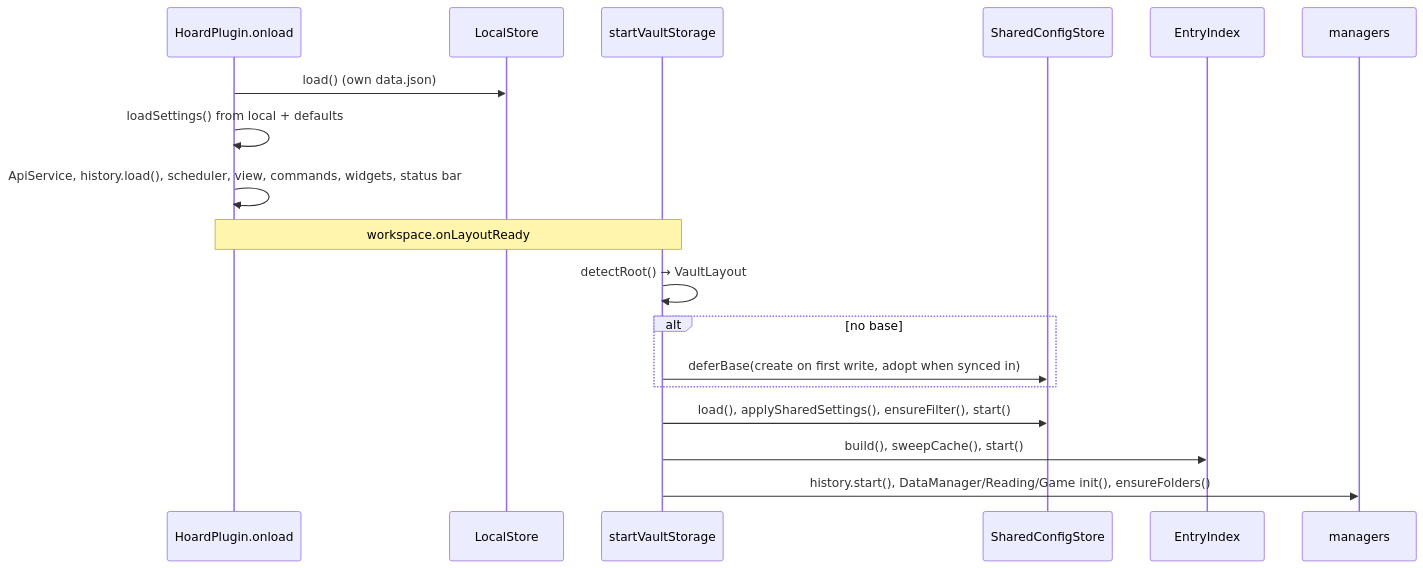
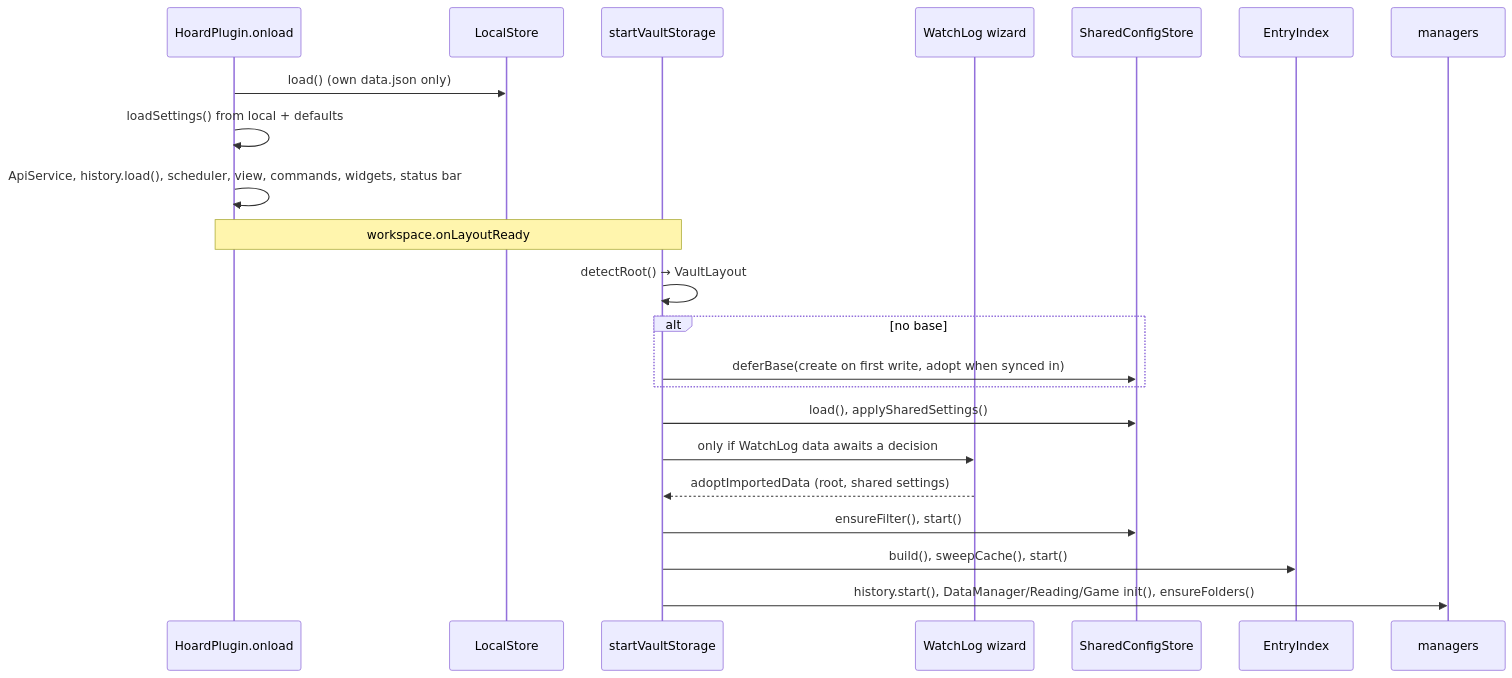
One commit to Macavity/obsidian-hoard changed the diagram in docs/flows/startup.md. Above: the diagram before and after it, drawn with Mermaid. The commit also changed other lines of this file and 26 other files, not shown here.

Commit message:
docs: refresh wiki for WatchLog import wizard

````diff
--- a/docs/flows/startup.md
+++ b/docs/flows/startup.md
@@ -21,20 +21,24 @@
 ```mermaid
 sequenceDiagram
   participant P as HoardPlugin.onload
   participant L as LocalStore
   participant S as startVaultStorage
+  participant W as WatchLog wizard
   participant Sh as SharedConfigStore
   participant I as EntryIndex
   participant Mg as managers
-  P->>L: load() (own data.json)
+  P->>L: load() (own data.json only)
   P->>P: loadSettings() from local + defaults
   P->>P: ApiService, history.load(), scheduler, view, commands, widgets, status bar
   Note over P,S: workspace.onLayoutReady
   S->>S: detectRoot() → VaultLayout
   alt no base
     S->>Sh: deferBase(create on first write, adopt when synced in)
   end
-  S->>Sh: load(), applySharedSettings(), ensureFilter(), start()
+  S->>Sh: load(), applySharedSettings()
+  S->>W: only if WatchLog data awaits a decision
+  W-->>S: adoptImportedData (root, shared settings)
+  S->>Sh: ensureFilter(), start()
   S->>I: build(), sweepCache(), start()
   S->>Mg: history.start(), DataManager/Reading/Game init(), ensureFolders()
 ```
````
